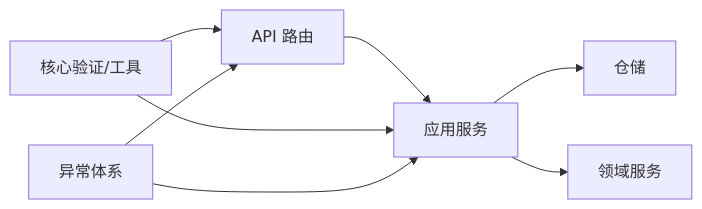
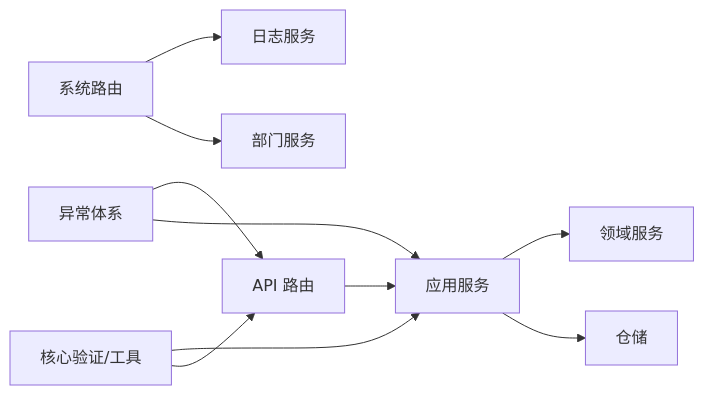
The fifth of 5 diagrams in .qoder/repowiki/zh/content/项目概述/核心特性/数据验证.md (taoweidong/Hello-FastApi), drawn with Mermaid before and after one commit. The commit also changed other lines of this file and 9 other files, not shown here.

````diff
--- a/.qoder/repowiki/zh/content/项目概述/核心特性/数据验证.md
+++ b/.qoder/repowiki/zh/content/项目概述/核心特性/数据验证.md
@@ -287,10 +382,12 @@
 ```mermaid
 graph LR
 API["API 路由"] --> SVC["应用服务"]
 SVC --> REPO["仓储"]
 SVC --> DOMAIN["领域服务"]
 CORE["核心验证/工具"] --> API
 CORE --> SVC
 EXC["异常体系"] --> SVC
 EXC --> API
+SYS["系统路由"] --> DEPT["部门服务"]
+SYS --> LOG["日志服务"]
 ```
````
